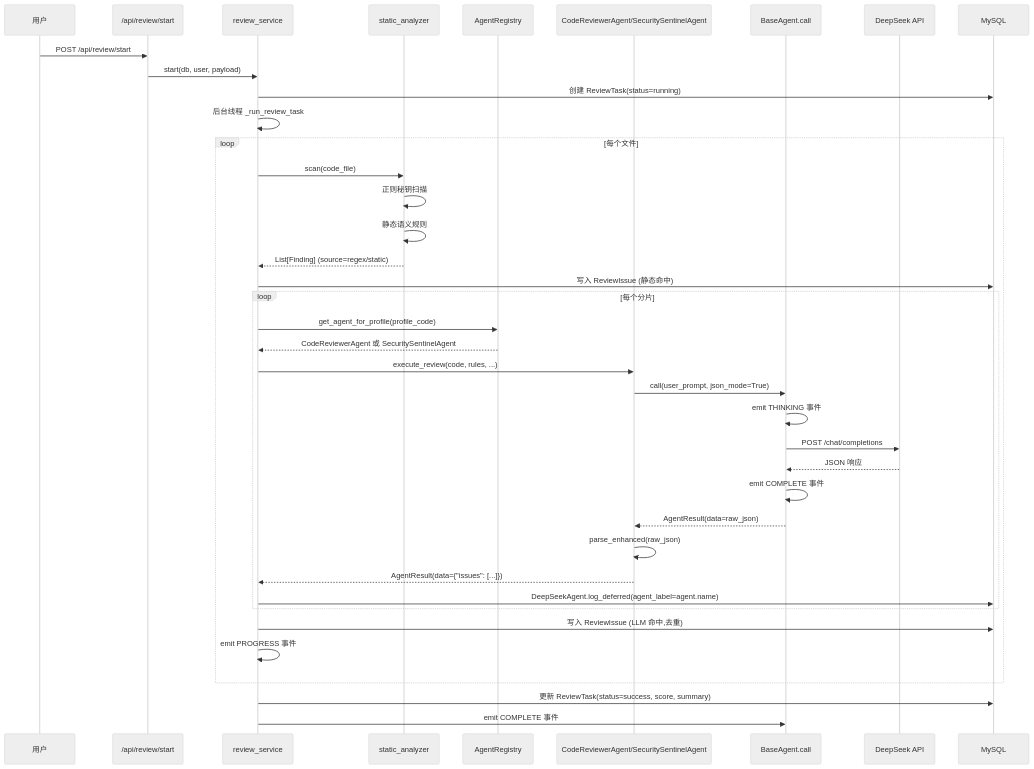
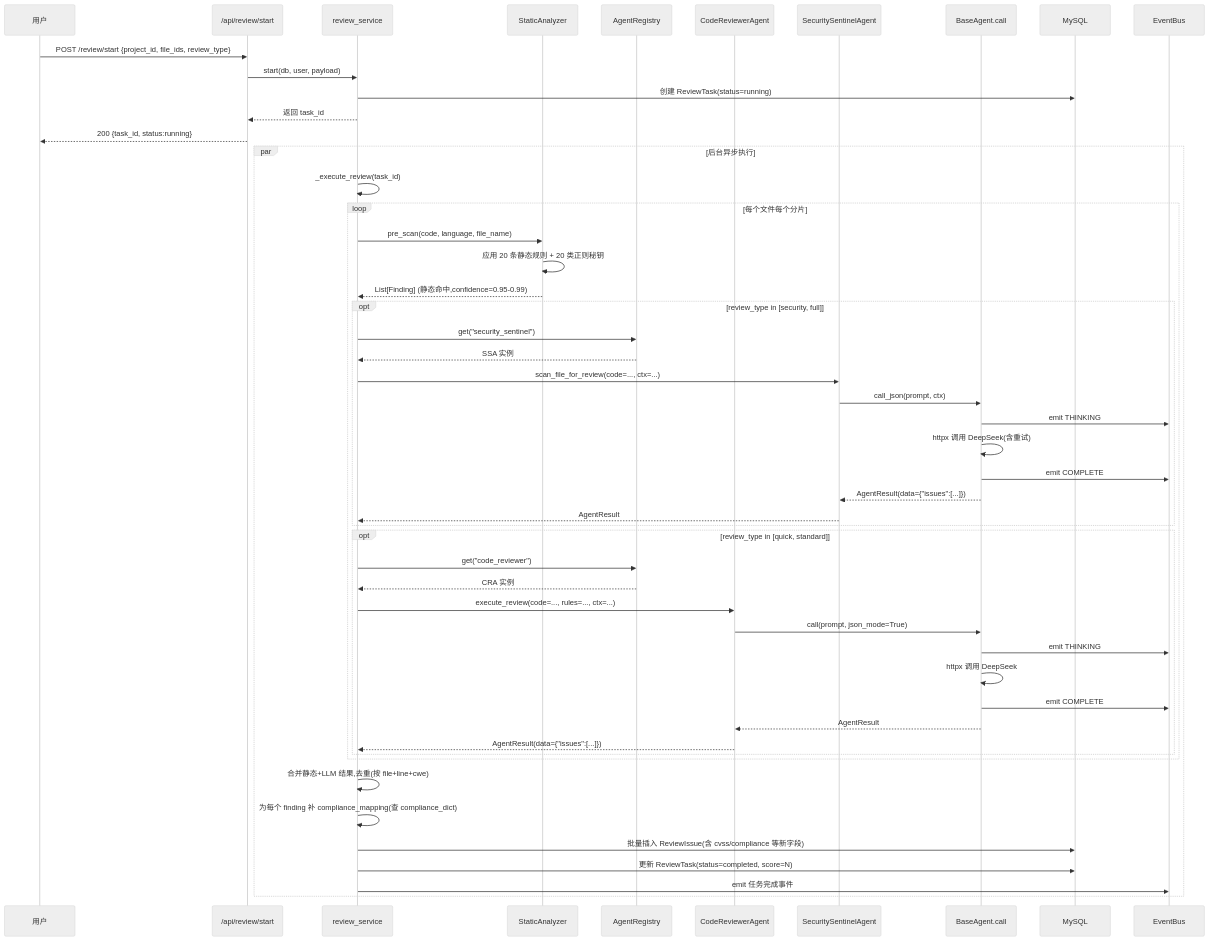
Before and after one commit to OUTLElijiadong/llm-agent-code-review: the third of 5 diagrams in docs/代码审计Agent集成与漏洞识别增强/DESIGN_代码审计Agent集成与漏洞识别增强.md, drawn with Mermaid (neutral theme). The commit also changed other lines of this file and 59 other files, not shown here.

````diff
--- a/docs/代码审计Agent集成与漏洞识别增强/DESIGN_代码审计Agent集成与漏洞识别增强.md
+++ b/docs/代码审计Agent集成与漏洞识别增强/DESIGN_代码审计Agent集成与漏洞识别增强.md
@@ -557,46 +557,58 @@
 ```mermaid
 sequenceDiagram
     participant U as 用户
     participant API as /api/review/start
     participant RS as review_service
-    participant SA as static_analyzer
+    participant SA as StaticAnalyzer
     participant Reg as AgentRegistry
-    participant Agent as CodeReviewerAgent/SecuritySentinelAgent
+    participant CRA as CodeReviewerAgent
+    participant SSA as SecuritySentinelAgent
     participant BA as BaseAgent.call
-    participant LLM as DeepSeek API
     participant DB as MySQL
-    
-    U->>API: POST /api/review/start
+    participant EB as EventBus
+
+    U->>API: POST /review/start {project_id, file_ids, review_type}
     API->>RS: start(db, user, payload)
     RS->>DB: 创建 ReviewTask(status=running)
-    RS->>RS: 后台线程 _run_review_task
-    
-    loop 每个文件
-        RS->>SA: scan(code_file)
-        SA->>SA: 正则秘钥扫描
-        SA->>SA: 静态语义规则
-        SA-->>RS: List[Finding] (source=regex/static)
-        RS->>DB: 写入 ReviewIssue (静态命中)
-        
-        loop 每个分片
-            RS->>Reg: get_agent_for_profile(profile_code)
-            Reg-->>RS: CodeReviewerAgent 或 SecuritySentinelAgent
-            RS->>Agent: execute_review(code, rules, ...)
-            Agent->>BA: call(user_prompt, json_mode=True)
-            BA->>BA: emit THINKING 事件
-            BA->>LLM: POST /chat/completions
-            LLM-->>BA: JSON 响应
-            BA->>BA: emit COMPLETE 事件
-            BA-->>Agent: AgentResult(data=raw_json)
-            Agent->>Agent: parse_enhanced(raw_json)
-            Agent-->>RS: AgentResult(data={"issues": [...]})
-            RS->>DB: DeepSeekAgent.log_deferred(agent_label=agent.name)
+    RS-->>API: 返回 task_id
+    API-->>U: 200 {task_id, status:running}
+
+    par 后台异步执行
+        RS->>RS: _execute_review(task_id)
+        loop 每个文件每个分片
+            RS->>SA: pre_scan(code, language, file_name)
+            SA->>SA: 应用 20 条静态规则 + 20 类正则秘钥
+            SA-->>RS: List[Finding] (静态命中,confidence=0.95-0.99)
+
+            opt review_type in [security, full]
+                RS->>Reg: get("security_sentinel")
+                Reg-->>RS: SSA 实例
+                RS->>SSA: scan_file_for_review(code=..., ctx=...)
+                SSA->>BA: call_json(prompt, ctx)
+                BA->>EB: emit THINKING
+                BA->>BA: httpx 调用 DeepSeek(含重试)
+                BA->>EB: emit COMPLETE
+                BA-->>SSA: AgentResult(data={"issues":[...]})
+                SSA-->>RS: AgentResult
+            end
+
+            opt review_type in [quick, standard]
+                RS->>Reg: get("code_reviewer")
+                Reg-->>RS: CRA 实例
+                RS->>CRA: execute_review(code=..., rules=..., ctx=...)
+                CRA->>BA: call(prompt, json_mode=True)
+                BA->>EB: emit THINKING
+                BA->>BA: httpx 调用 DeepSeek
+                BA->>EB: emit COMPLETE
+                BA-->>CRA: AgentResult
+                CRA-->>RS: AgentResult(data={"issues":[...]})
+            end
         end
-        
-        RS->>DB: 写入 ReviewIssue (LLM 命中,去重)
-        RS->>RS: emit PROGRESS 事件
+
+        RS->>RS: 合并静态+LLM 结果,去重(按 file+line+cwe)
+        RS->>RS: 为每个 finding 补 compliance_mapping(查 compliance_dict)
+        RS->>DB: 批量插入 ReviewIssue(含 cvss/compliance 等新字段)
+        RS->>DB: 更新 ReviewTask(status=completed, score=N)
+        RS->>EB: emit 任务完成事件
     end
-    
-    RS->>DB: 更新 ReviewTask(status=success, score, summary)
-    RS->>BA: emit COMPLETE 事件
 ```
````
